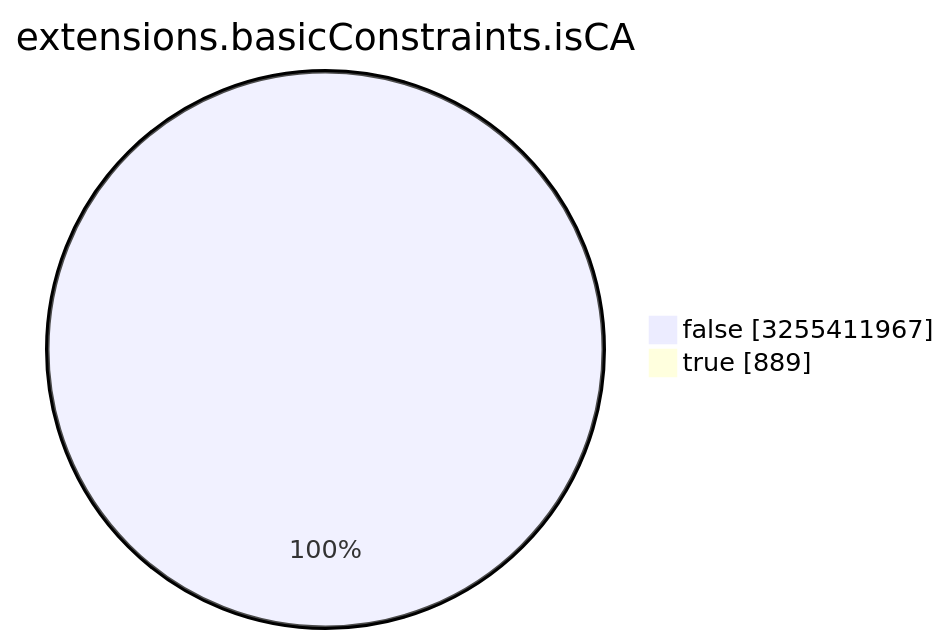
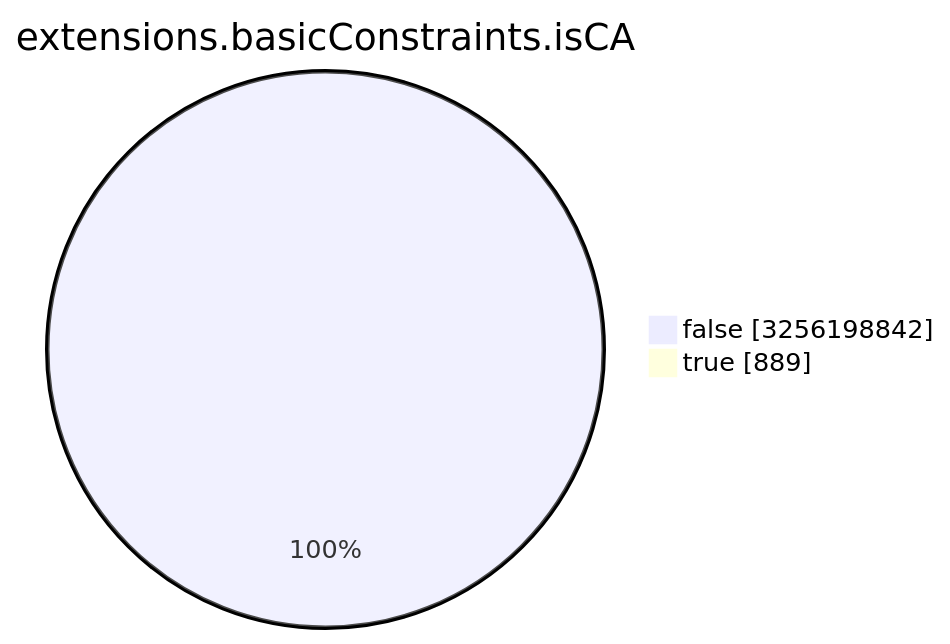
Before and after one commit to christiankrug/ctmonitor_visualization: the seventh of 15 diagrams in TOTAL/README.md, drawn with Mermaid. The commit also changed other lines of this file, not shown here.

````diff
--- a/TOTAL/README.md
+++ b/TOTAL/README.md
@@ -3088,6 +3088,6 @@
 ```mermaid
 pie showData
 title extensions.basicConstraints.isCA
-"false" :3255411967
+"false" :3256198842
 "true" :889
 ```
````
